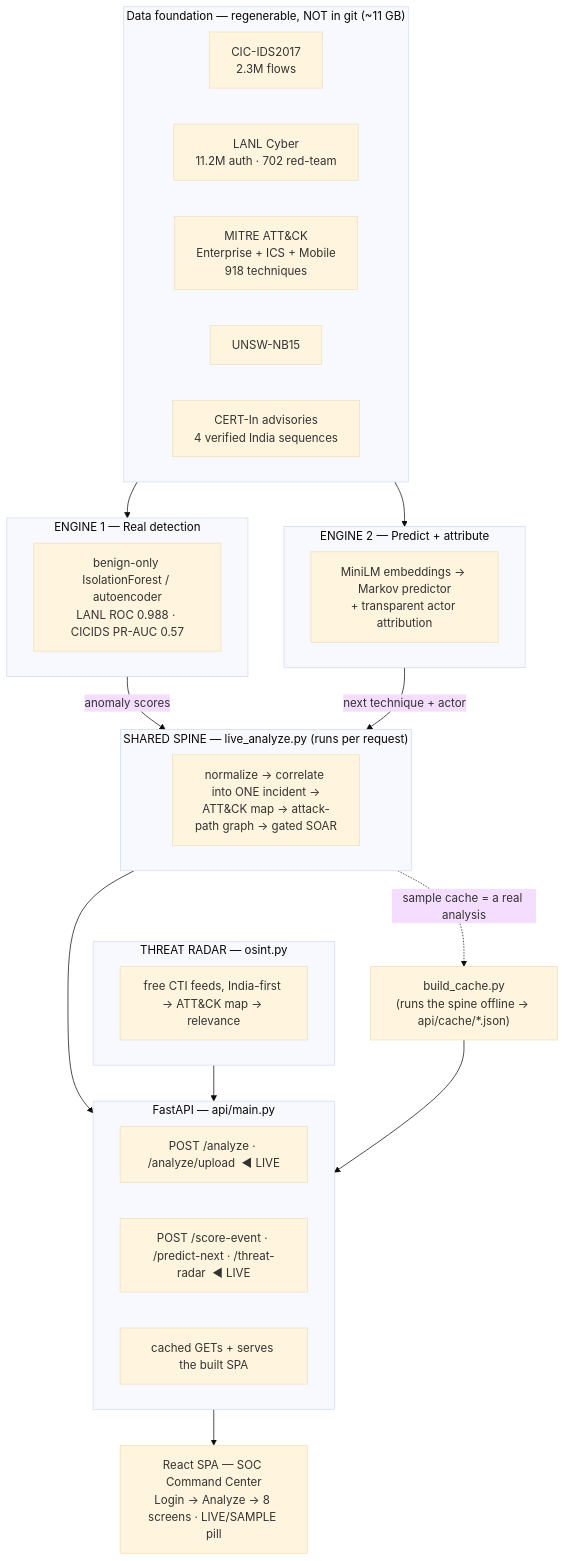
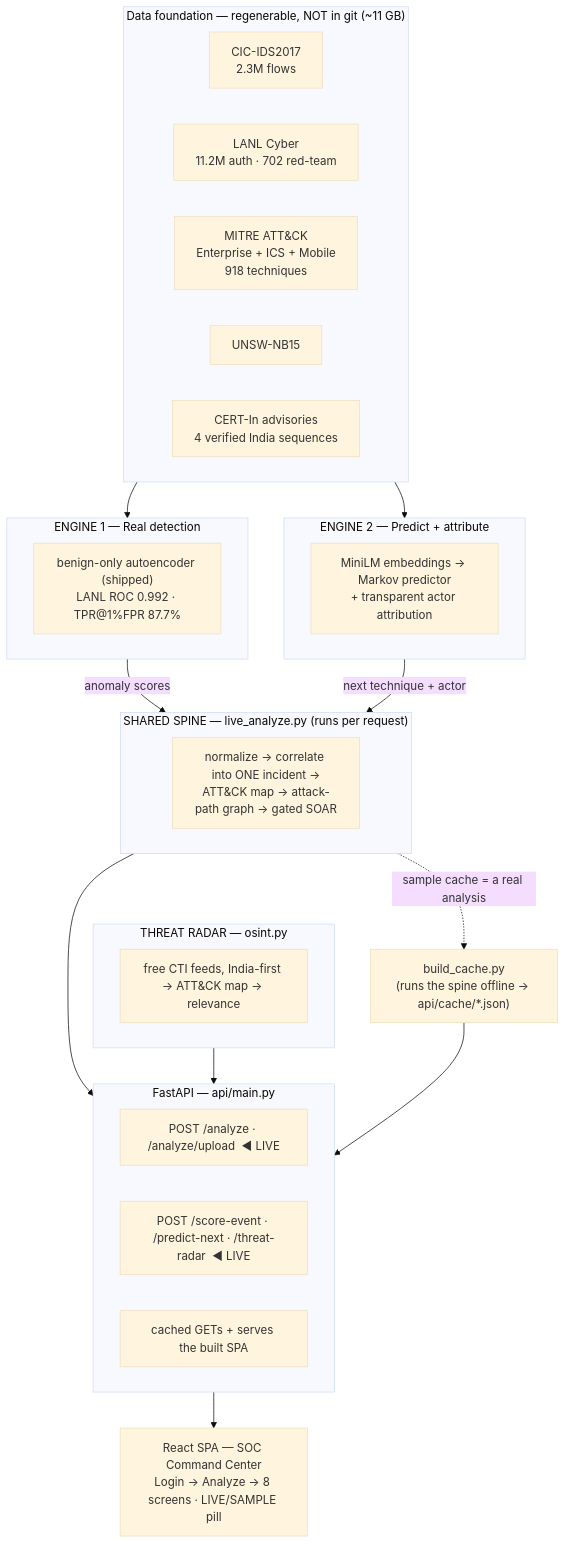
One commit to RishiiGamer2201/resilience-graph-ai changed the diagram in README.md. Above: the diagram before and after it, drawn with Mermaid (base theme). The commit also changed other lines of this file and 35 other files, not shown here.

````diff
--- a/README.md
+++ b/README.md
@@ -73,44 +73,44 @@
 ```mermaid
 flowchart TB
   subgraph DATA["Data foundation — regenerable, NOT in git (~11 GB)"]
     CIC["CIC-IDS2017<br/>2.3M flows"]
     LANL["LANL Cyber<br/>11.2M auth · 702 red-team"]
     ATTACK["MITRE ATT&CK<br/>Enterprise + ICS + Mobile<br/>918 techniques"]
     UNSW["UNSW-NB15"]
     CERTIN["CERT-In advisories<br/>4 verified India sequences"]
   end
 
   subgraph E1["ENGINE 1 — Real detection"]
-    IF["benign-only IsolationForest / autoencoder<br/>LANL ROC 0.988 · CICIDS PR-AUC 0.57"]
+    IF["benign-only autoencoder (shipped)<br/>LANL ROC 0.992 · TPR@1%FPR 87.7%"]
   end
   subgraph E2["ENGINE 2 — Predict + attribute"]
     PRED["MiniLM embeddings → Markov predictor<br/>+ transparent actor attribution"]
   end
 
   DATA --> E1
   DATA --> E2
 
   subgraph SPINE["SHARED SPINE — live_analyze.py (runs per request)"]
     S["normalize → correlate into ONE incident →<br/>ATT&CK map → attack-path graph → gated SOAR"]
   end
   E1 -- "anomaly scores" --> SPINE
   E2 -- "next technique + actor" --> SPINE
 
   subgraph RADAR["THREAT RADAR — osint.py"]
     FEEDS["free CTI feeds, India-first → ATT&CK map → relevance"]
   end
 
   SPINE --> API
   RADAR --> API
   BUILD["build_cache.py<br/>(runs the spine offline → api/cache/*.json)"]
   SPINE -. "sample cache = a real analysis" .-> BUILD
   BUILD --> API
 
   subgraph API["FastAPI — api/main.py"]
     A1["POST /analyze · /analyze/upload  ◀ LIVE"]
     A2["POST /score-event · /predict-next · /threat-radar  ◀ LIVE"]
     A4["cached GETs + serves the built SPA"]
   end
 
   API --> SPA["React SPA — SOC Command Center<br/>Login → Analyze → 8 screens · LIVE/SAMPLE pill"]
 ```
````
